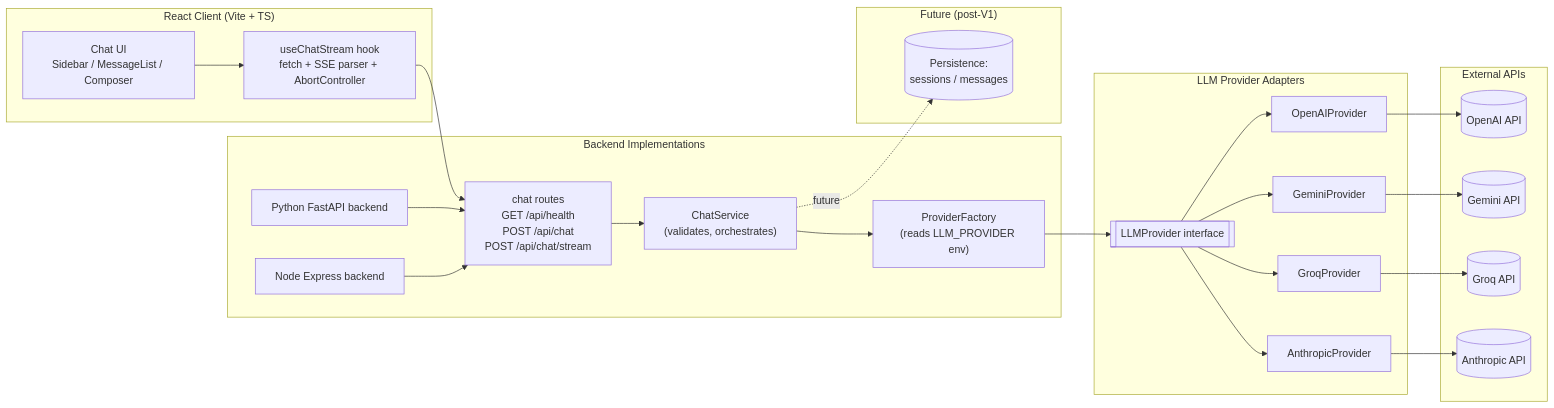
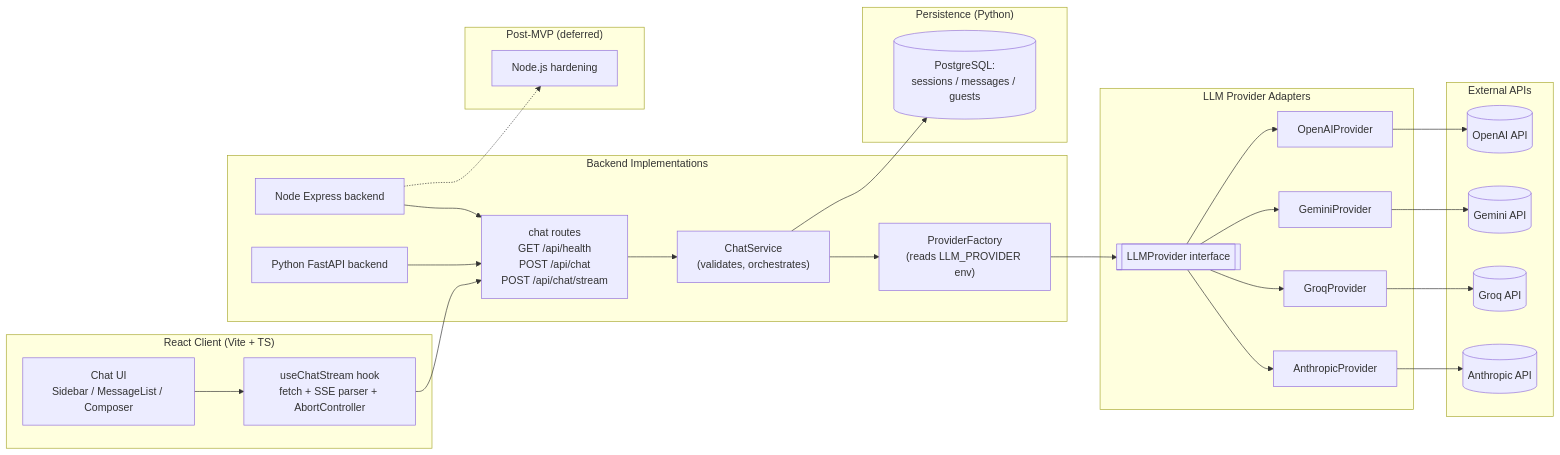
One commit to pateatlau/chatbot-react-python-nodejs changed the diagram in README.md. Above: the diagram before and after it, drawn with Mermaid. The commit also changed other lines of this file and 39 other files, not shown here.

First line of the commit message:
feat: complete Python MVP hardening with structured logging, correlation IDs, centralized errors, rate limiting, Pyright standard mode, and CI coverage gates (#35)

````diff
--- a/README.md
+++ b/README.md
@@ -43,45 +57,50 @@
 ```mermaid
 flowchart LR
   subgraph Client["React Client (Vite + TS)"]
     UI["Chat UI\nSidebar / MessageList / Composer"]
     Hook["useChatStream hook\nfetch + SSE parser + AbortController"]
   end
 
   subgraph API["Backend Implementations"]
     Py["Python FastAPI backend"]
     Node["Node Express backend"]
     Router["chat routes\nGET /api/health\nPOST /api/chat\nPOST /api/chat/stream"]
     Service["ChatService\n(validates, orchestrates)"]
     Factory["ProviderFactory\n(reads LLM_PROVIDER env)"]
   end
 
   subgraph Providers["LLM Provider Adapters"]
     Base[["LLMProvider interface"]]
     OpenAIAdapter["OpenAIProvider"]
     GeminiAdapter["GeminiProvider"]
     GroqAdapter["GroqProvider"]
     AnthropicAdapter["AnthropicProvider"]
   end
 
   subgraph External["External APIs"]
     OpenAI[("OpenAI API")]
     Gemini[("Gemini API")]
     Groq[("Groq API")]
     Anthropic[("Anthropic API")]
   end
 
-  subgraph Future["Future (post-V1)"]
-    DB[("Persistence:\nsessions / messages")]
+  subgraph Data["Persistence (Python)"]
+    DB[("PostgreSQL:\nsessions / messages / guests")]
+  end
+
+  subgraph PostMVP["Post-MVP (deferred)"]
+    NodeHarden["Node.js hardening"]
   end
 
   UI --> Hook --> Router
   Py --> Router
   Node --> Router
   Router --> Service --> Factory
   Factory --> Base
   Base --> OpenAIAdapter --> OpenAI
   Base --> GeminiAdapter --> Gemini
   Base --> GroqAdapter --> Groq
   Base --> AnthropicAdapter --> Anthropic
-  Service -. future .-> DB
+  Service --> DB
+  Node -.-> NodeHarden
 ```
````
